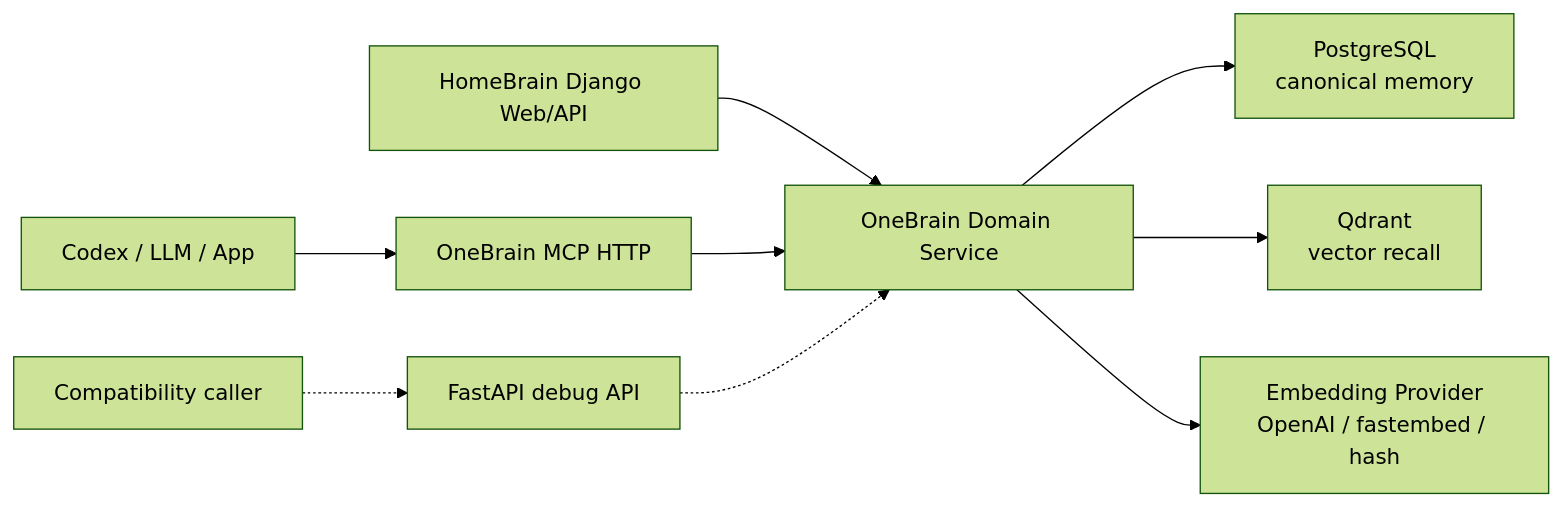
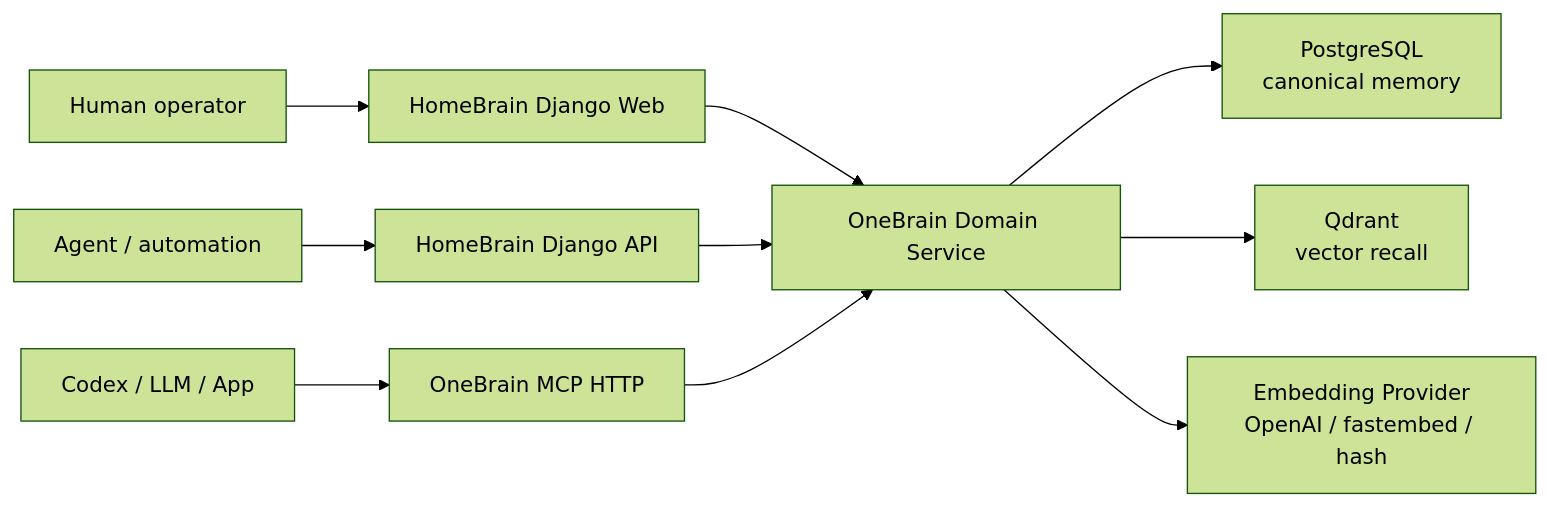
The diagram in README.md (viamus/one-brain), drawn with Mermaid (forest theme) before and after one commit. The commit also changed other lines of this file and 21 other files, not shown here.

Commit message:
refactor: make django the only http api

````diff
--- a/README.md
+++ b/README.md
@@ -23,11 +23,12 @@
 ```mermaid
 flowchart LR
     Client["Codex / LLM / App"] --> MCP["OneBrain MCP HTTP"]
-    Web["HomeBrain Django Web/API"] --> Service["OneBrain Domain Service"]
-    Debug["Compatibility caller"] -.-> API["FastAPI debug API"]
+    Human["Human operator"] --> Web["HomeBrain Django Web"]
+    Integrator["Agent / automation"] --> API["HomeBrain Django API"]
+    Web --> Service["OneBrain Domain Service"]
+    API --> Service
     MCP --> Service
-    API -.-> Service
     Service --> Postgres["PostgreSQL<br/>canonical memory"]
     Service --> Qdrant["Qdrant<br/>vector recall"]
     Service --> Embed["Embedding Provider<br/>OpenAI / fastembed / hash"]
 ```
````
